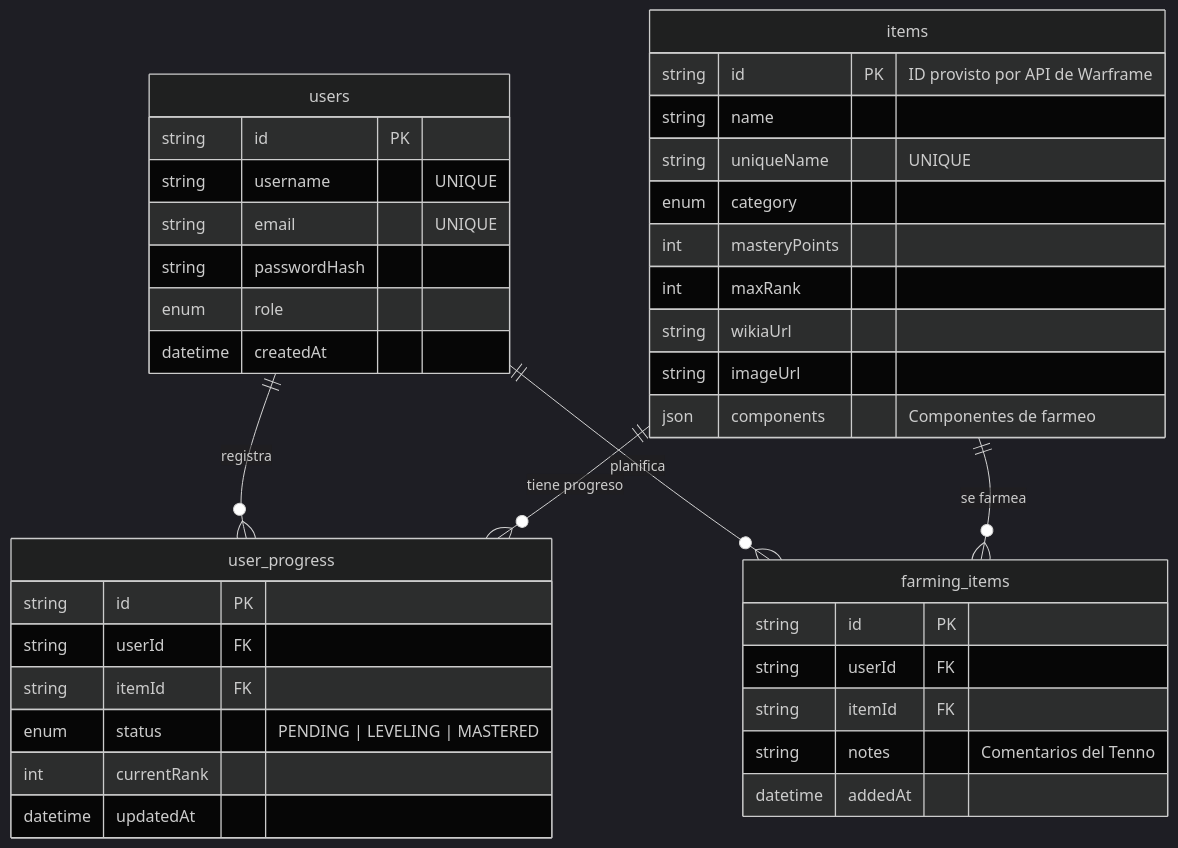
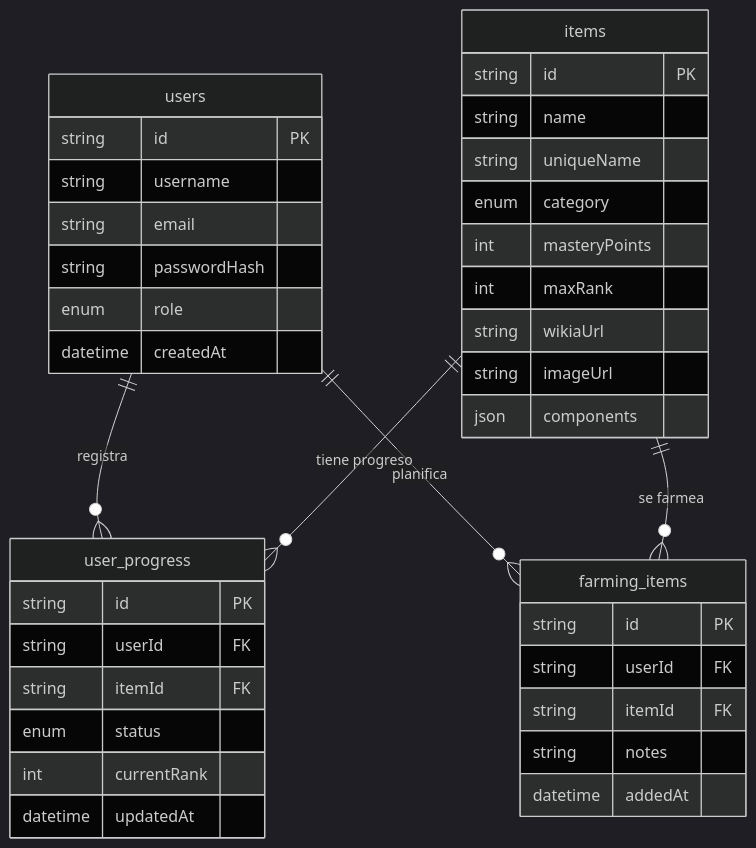
The diagram in README.md (grindemia/wf-tracker), drawn with Mermaid (dark theme) before and after one commit.

Commit message:
docs: simplify Mermaid diagram to fix parser bugs in IDEs

````diff
--- a/README.md
+++ b/README.md
@@ -50,45 +50,45 @@
 ```mermaid
 erDiagram
     users ||--o{ user_progress : "registra"
     users ||--o{ farming_items : "planifica"
     items ||--o{ user_progress : "tiene progreso"
     items ||--o{ farming_items : "se farmea"
 
     users {
         string id PK
-        string username "UNIQUE"
-        string email "UNIQUE"
+        string username
+        string email
         string passwordHash
         enum role
         datetime createdAt
     }
 
     items {
-        string id PK "ID provisto por API de Warframe"
+        string id PK
         string name
-        string uniqueName "UNIQUE"
+        string uniqueName
         enum category
         int masteryPoints
         int maxRank
         string wikiaUrl
         string imageUrl
-        json components "Componentes de farmeo"
+        json components
     }
 
     user_progress {
         string id PK
         string userId FK
         string itemId FK
-        enum status "PENDING | LEVELING | MASTERED"
+        enum status
         int currentRank
         datetime updatedAt
     }
 
     farming_items {
         string id PK
         string userId FK
         string itemId FK
-        string notes "Comentarios del Tenno"
+        string notes
         datetime addedAt
     }
 ```
````
